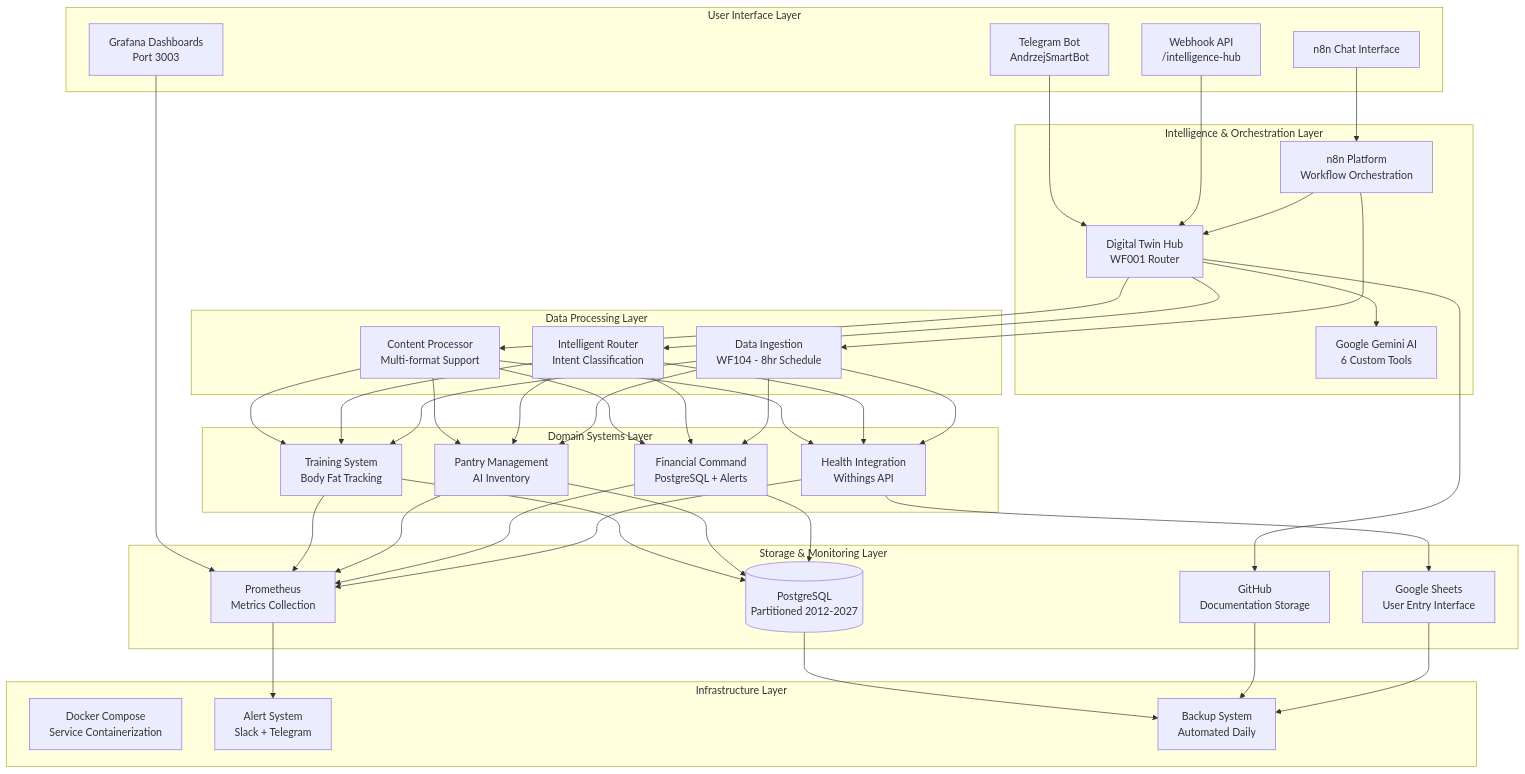
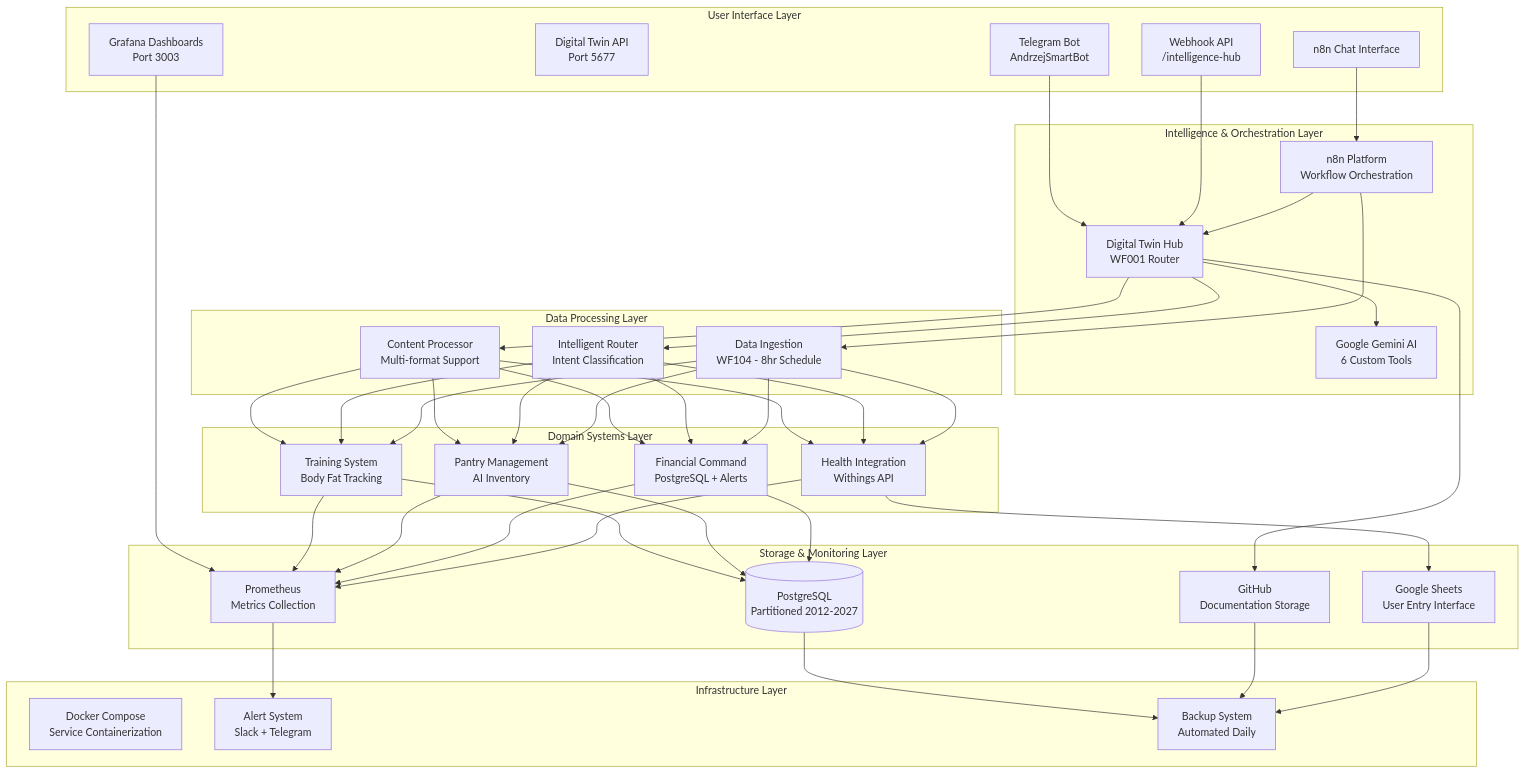
The first of 7 diagrams in docs/20_SYSTEMS/Architecture-Diagrams.md (brostudiodev/autonomous-living-architecture), drawn with Mermaid before and after one commit. The commit also changed other lines of this file and 18 other files, not shown here.

Commit message:
Sync: Final architecture documentation updates

```diff
--- a/docs/20_SYSTEMS/Architecture-Diagrams.md
+++ b/docs/20_SYSTEMS/Architecture-Diagrams.md
@@ -18,6 +18,7 @@
 graph TB
     subgraph "User Interface Layer"
         TELEGRAM[Telegram Bot<br/>AndrzejSmartBot]
+        TWIN_API[Digital Twin API<br/>Port 5677]
         WEBHOOK[Webhook API<br/>/intelligence-hub]
         N8N_CHAT[n8n Chat Interface]
         GRAFANA[Grafana Dashboards<br/>Port 3003]
```
